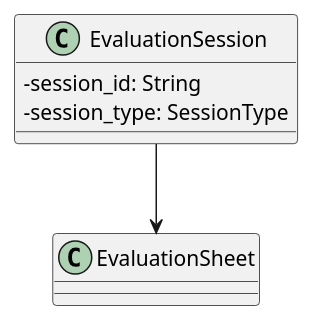
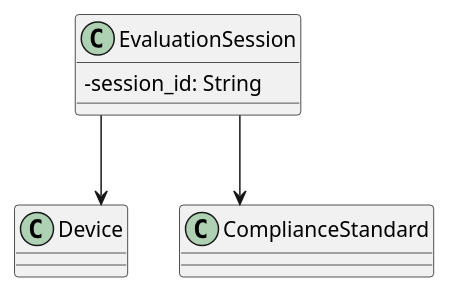
Before and after one commit to GroupRubberDuck/Documentazione: the diagram in src/PB/DocumentazioneEsterna/Specifica_Tecnica/content/uml/puml/Diagrammi_classi/Dominio/EvaluationSession.puml, drawn with PlantUML. The commit also changed 6 other files, not shown here.

```diff
--- a/src/PB/DocumentazioneEsterna/Specifica_Tecnica/content/uml/puml/Diagrammi_classi/Dominio/EvaluationSession.puml
+++ b/src/PB/DocumentazioneEsterna/Specifica_Tecnica/content/uml/puml/Diagrammi_classi/Dominio/EvaluationSession.puml
@@ -1,11 +1,11 @@
 @startuml EvaluationSession
 skinparam linetype ortho
 skinparam classAttributeIconSize 0
 
 class EvaluationSession {
     ' - evaluationSheet: EvaluationSheet
     - session_id: String
-    - session_type: SessionType
 }
-EvaluationSession --> EvaluationSheet
+EvaluationSession --> Device
+EvaluationSession --> ComplianceStandard
 @enduml
```
